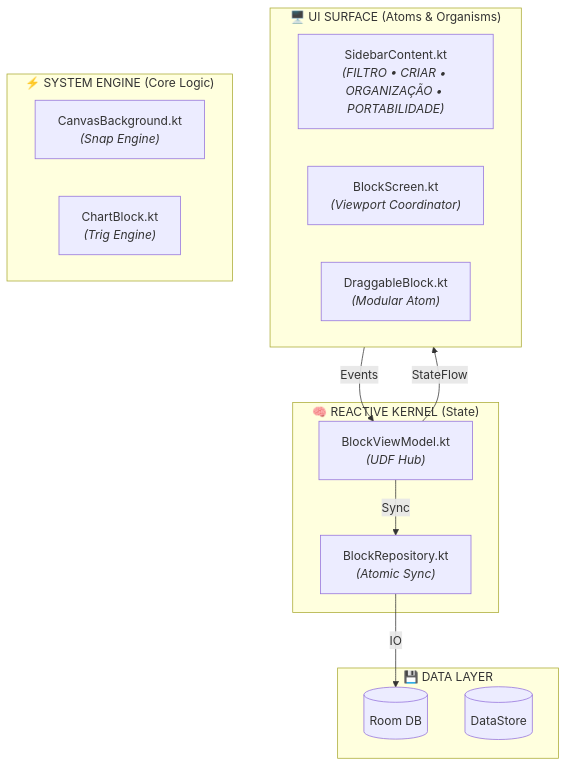
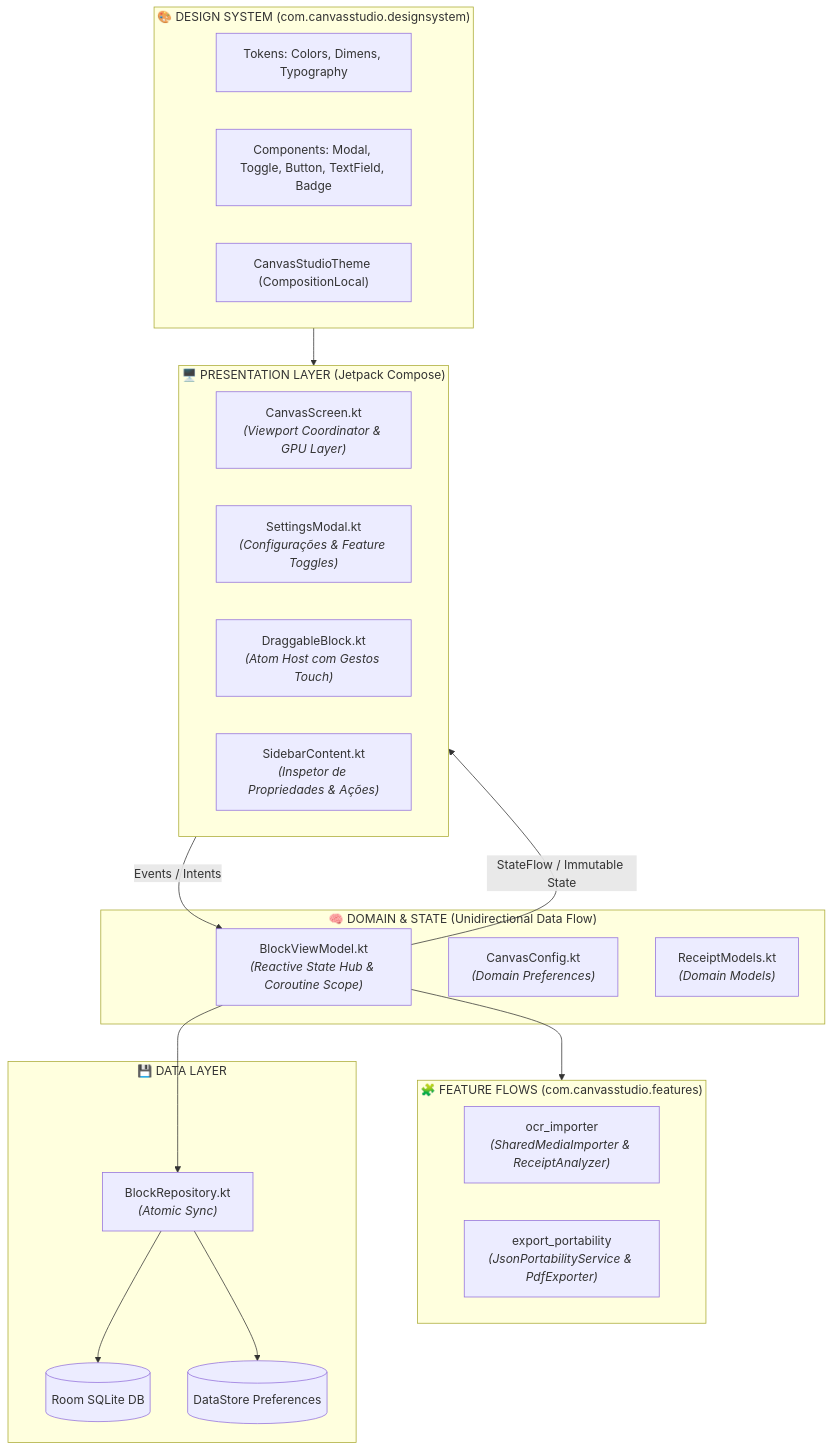
Before and after one commit to SollonSoares/canvas-studio-compose: the first of 2 diagrams in README.md, drawn with Mermaid. The commit also changed other lines of this file, not shown here.

Commit message:
refactor: update README with project rebranding, architectural improvements, and new feature documentation

````diff
--- a/README.md
+++ b/README.md
@@ -78,28 +75,40 @@
 ```mermaid
-graph TB
-    subgraph UI_Surface ["🖥️ UI SURFACE (Atoms & Organisms)"]
-        Sidebar["SidebarContent.kt<br/><i>(FILTRO • CRIAR • ORGANIZAÇÃO • PORTABILIDADE)</i>"]
-        Canvas["BlockScreen.kt<br/><i>(Viewport Coordinator)</i>"]
-        Blocks["DraggableBlock.kt<br/><i>(Modular Atom)</i>"]
+graph TD
+    subgraph UI_LAYER ["🖥️ PRESENTATION LAYER (Jetpack Compose)"]
+        CS["CanvasScreen.kt<br/><i>(Viewport Coordinator & GPU Layer)</i>"]
+        SM["SettingsModal.kt<br/><i>(Configurações & Feature Toggles)</i>"]
+        DB["DraggableBlock.kt<br/><i>(Atom Host com Gestos Touch)</i>"]
+        IN["SidebarContent.kt<br/><i>(Inspetor de Propriedades & Ações)</i>"]
     end
 
-    subgraph SYSTEM_ENGINE ["⚡ SYSTEM ENGINE (Core Logic)"]
-        Grid["CanvasBackground.kt<br/><i>(Snap Engine)</i>"]
-        Trig["ChartBlock.kt<br/><i>(Trig Engine)</i>"]
+    subgraph DESIGN_SYSTEM ["🎨 DESIGN SYSTEM (com.canvasstudio.designsystem)"]
+        DS_Tokens["Tokens: Colors, Dimens, Typography"]
+        DS_Components["Components: Modal, Toggle, Button, TextField, Badge"]
+        DS_Theme["CanvasStudioTheme (CompositionLocal)"]
     end
 
-    subgraph KERNEL ["🧠 REACTIVE KERNEL (State)"]
-        VM["BlockViewModel.kt<br/><i>(UDF Hub)</i>"]
-        Repo["BlockRepository.kt<br/><i>(Atomic Sync)</i>"]
+    subgraph FEATURE_FLOWS ["🧩 FEATURE FLOWS (com.canvasstudio.features)"]
+        OCR_FLOW["ocr_importer<br/><i>(SharedMediaImporter & ReceiptAnalyzer)</i>"]
+        PORT_FLOW["export_portability<br/><i>(JsonPortabilityService & PdfExporter)</i>"]
     end
 
-    subgraph PERSISTENCE ["💾 DATA LAYER"]
-        Room[("Room DB")]
-        DS[("DataStore")]
+    subgraph DOMAIN_CORE ["🧠 DOMAIN & STATE (Unidirectional Data Flow)"]
+        VM["BlockViewModel.kt<br/><i>(Reactive State Hub & Coroutine Scope)</i>"]
+        CFG["CanvasConfig.kt<br/><i>(Domain Preferences)</i>"]
+        RM["ReceiptModels.kt<br/><i>(Domain Models)</i>"]
     end
 
-    VM -->|StateFlow| UI_Surface
-    UI_Surface -->|Events| VM
-    VM -->|Sync| Repo
-    Repo -->|IO| Room
+    subgraph DATA_PERSISTENCE ["💾 DATA LAYER"]
+        REPO["BlockRepository.kt<br/><i>(Atomic Sync)</i>"]
+        ROOM[("Room SQLite DB")]
+        DSTORE[("DataStore Preferences")]
+    end
+
+    DESIGN_SYSTEM --> UI_LAYER
+    UI_LAYER -->|Events / Intents| VM
+    VM -->|StateFlow / Immutable State| UI_LAYER
+    VM --> FEATURE_FLOWS
+    VM --> REPO
+    REPO --> ROOM
+    REPO --> DSTORE
 ```
````
